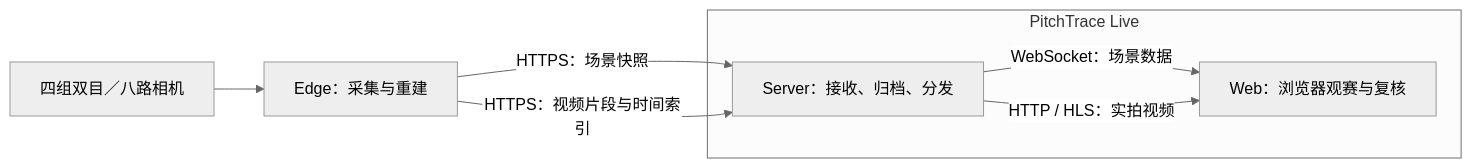
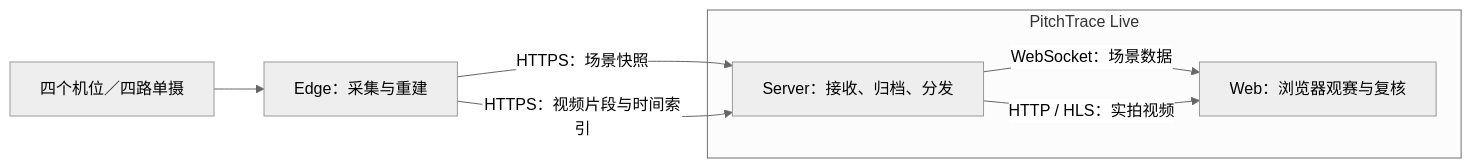
The first of 2 diagrams in README.zh-CN.md (winixi/pitchtrace-3d), drawn with Mermaid (neutral theme) before and after one commit. The commit also changed other lines of this file and 10 other files, not shown here.

````diff
--- a/README.zh-CN.md
+++ b/README.zh-CN.md
@@ -46,12 +46,12 @@
 ```mermaid
 flowchart LR
-    C["四组双目／八路相机"] --> E["Edge：采集与重建"]
+    C["四个机位／四路单摄"] --> E["Edge：采集与重建"]
     subgraph live["PitchTrace Live"]
         S["Server：接收、归档、分发"]
         W["Web：浏览器观赛与复核"]
     end
     E -->|"HTTPS：场景快照"| S
     E -->|"HTTPS：视频片段与时间索引"| S
     S -->|"WebSocket：场景数据"| W
     S -->|"HTTP / HLS：实拍视频"| W
 ```
````
